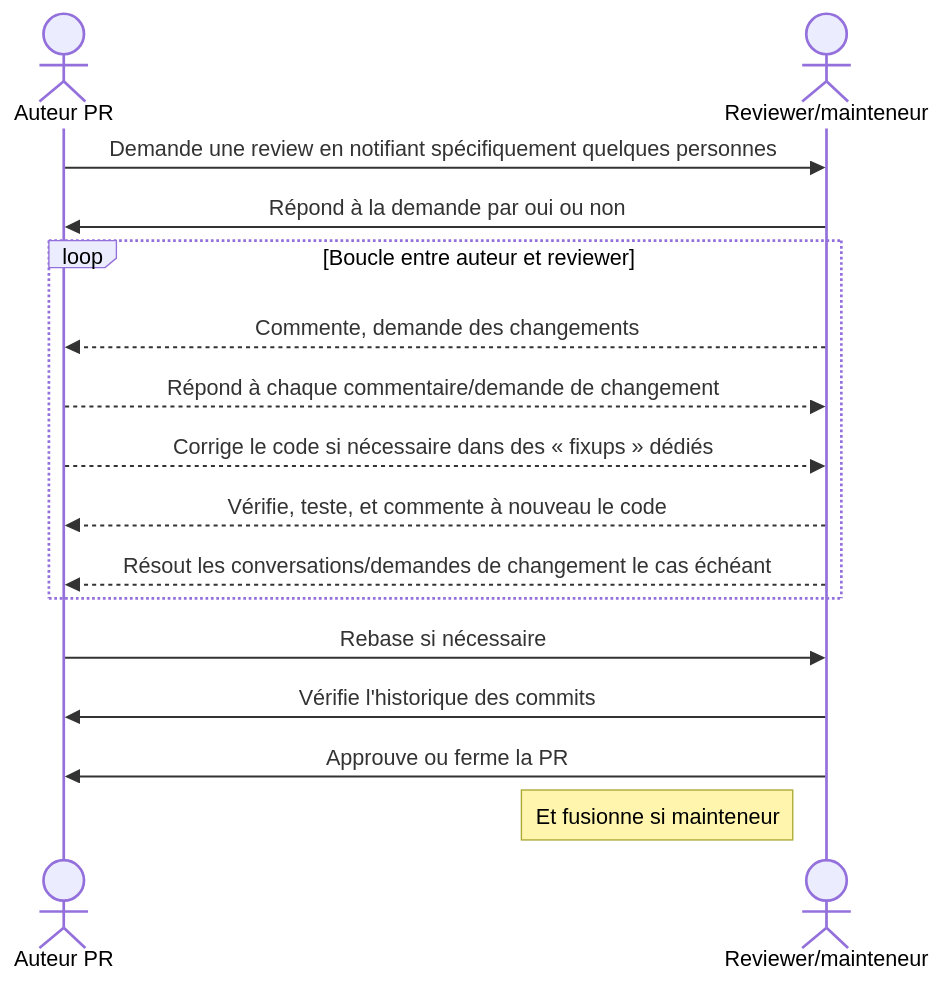
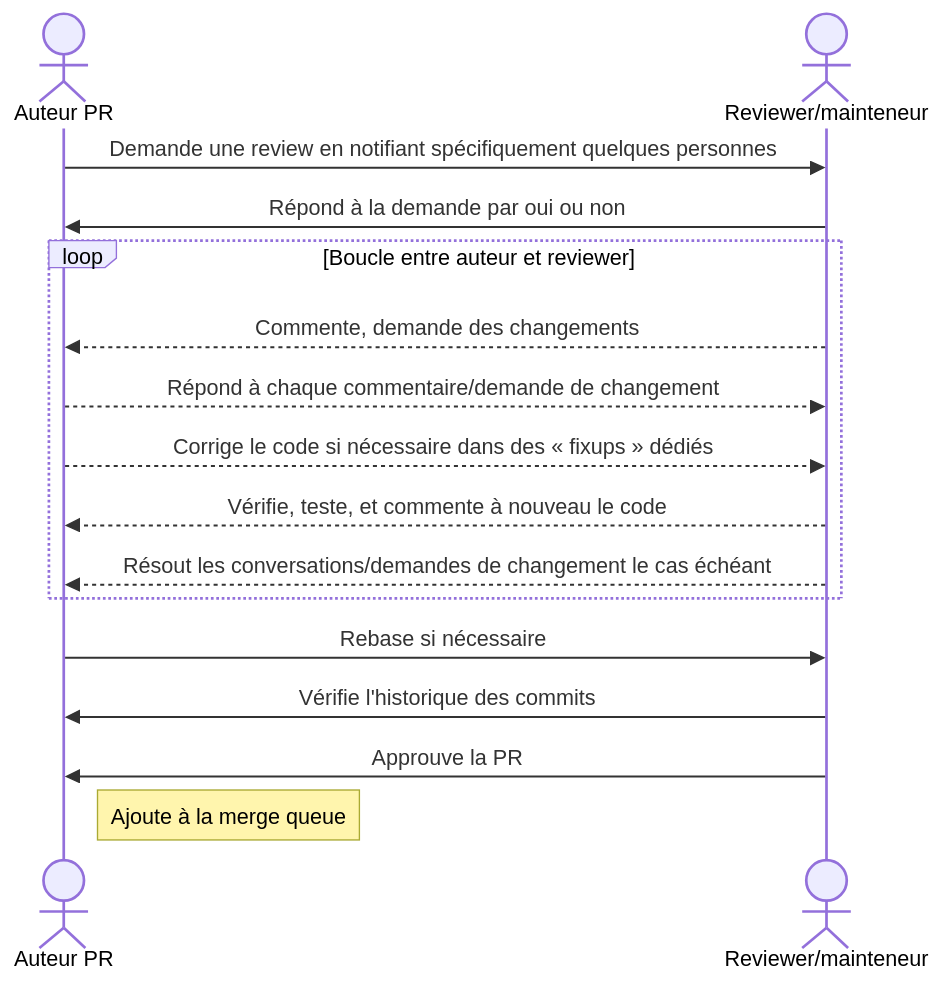
Before and after one commit to OpenRailAssociation/osrd-website: the diagram in content/docs/guides/contribute/review-process.fr.md, drawn with Mermaid. The commit also changed 1 other file, not shown here.

Commit message:
docs: fix review process

````diff
--- a/content/docs/guides/contribute/review-process.fr.md
+++ b/content/docs/guides/contribute/review-process.fr.md
@@ -8,21 +8,21 @@
 ```mermaid
 sequenceDiagram
   actor A as Auteur PR
   actor R as Reviewer/mainteneur
 
   A->>R: Demande une review en notifiant spécifiquement quelques personnes
   R->>A: Répond à la demande par oui ou non
 
   loop Boucle entre auteur et reviewer
     R-->>A: Commente, demande des changements
     A-->>R: Répond à chaque commentaire/demande de changement
     A-->>R: Corrige le code si nécessaire dans des « fixups » dédiés
     R-->>A: Vérifie, teste, et commente à nouveau le code
     R-->>A: Résout les conversations/demandes de changement le cas échéant
   end
 
   A->>R: Rebase si nécessaire
   R->>A: Vérifie l'historique des commits
-  R->>A: Approuve ou ferme la PR
-  Note left of R: Et fusionne si mainteneur
+  R->>A: Approuve la PR
+  Note right of A: Ajoute à la merge queue
 ```
````
